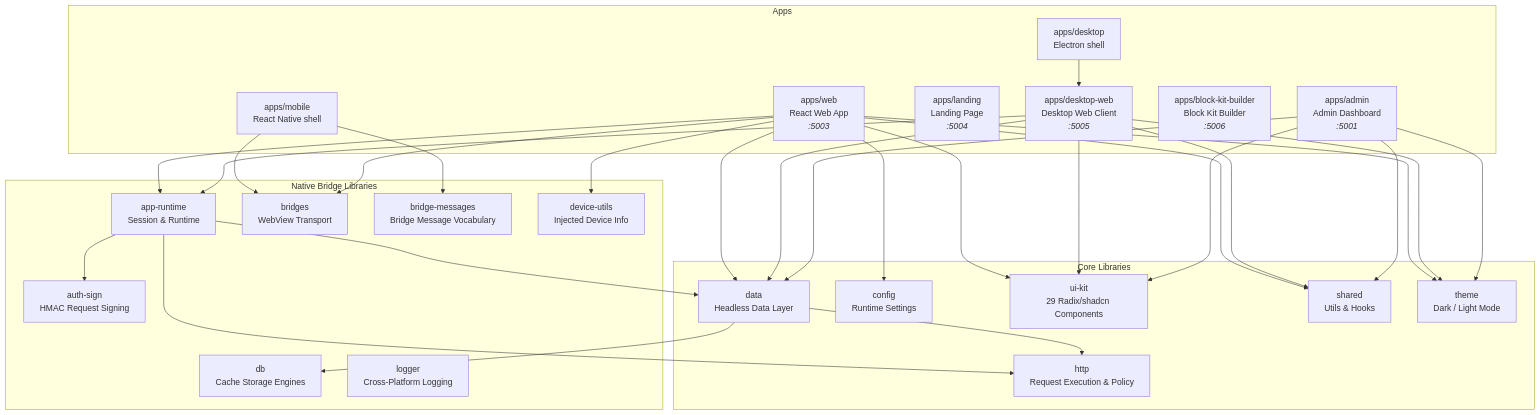
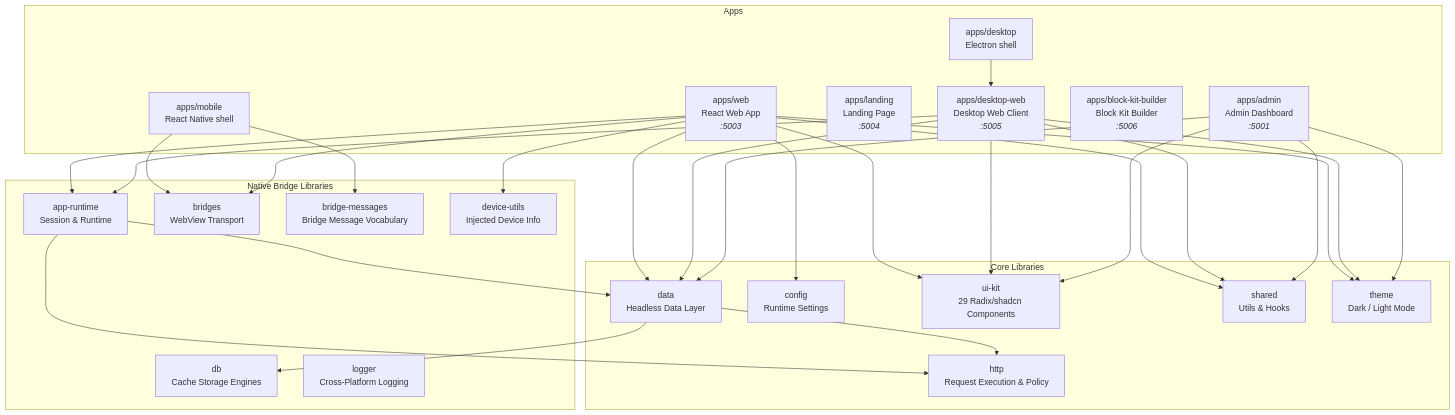
One commit to lemoncloud-io/dou-app changed the diagram in README.md. Above: the diagram before and after it, drawn with Mermaid. The commit also changed other lines of this file and 28 other files, not shown here.

First line of the commit message:
refactor(auth): fold @chatic/auth-sign into libs/auth as a leaf folder (ADR-0326)

````diff
--- a/README.md
+++ b/README.md
@@ -90,40 +90,39 @@
 ```mermaid
 graph TB
     subgraph Apps
         WEB["apps/web<br/>React Web App<br/><i>:5003</i>"]
         ADMIN["apps/admin<br/>Admin Dashboard<br/><i>:5001</i>"]
         LANDING["apps/landing<br/>Landing Page<br/><i>:5004</i>"]
         DESKWEB["apps/desktop-web<br/>Desktop Web Client<br/><i>:5005</i>"]
         BKB["apps/block-kit-builder<br/>Block Kit Builder<br/><i>:5006</i>"]
         MOBILE["apps/mobile<br/>React Native shell"]
         DESKTOP["apps/desktop<br/>Electron shell"]
     end
 
     subgraph Core["Core Libraries"]
         DATA["data<br/>Headless Data Layer"]
         HTTP["http<br/>Request Execution & Policy"]
         CONFIG["config<br/>Runtime Settings"]
         UIKIT["ui-kit<br/>29 Radix/shadcn Components"]
         SHARED["shared<br/>Utils & Hooks"]
         THEME["theme<br/>Dark / Light Mode"]
     end
 
     subgraph Native["Native Bridge Libraries"]
         RUNTIME["app-runtime<br/>Session & Runtime"]
         BRIDGES["bridges<br/>WebView Transport"]
         APPMSG["bridge-messages<br/>Bridge Message Vocabulary"]
         DEVICE["device-utils<br/>Injected Device Info"]
         DB["db<br/>Cache Storage Engines"]
         LOGGER["logger<br/>Cross-Platform Logging"]
-        AUTHSIGN["auth-sign<br/>HMAC Request Signing"]
     end
 
     MOBILE --> BRIDGES & APPMSG
     DESKTOP --> DESKWEB
     WEB --> DATA & UIKIT & SHARED & THEME & CONFIG
     WEB --> RUNTIME & BRIDGES & DEVICE
     DESKWEB --> DATA & UIKIT & SHARED & THEME & RUNTIME
     ADMIN --> DATA & UIKIT & SHARED & THEME
-    RUNTIME --> DATA & HTTP & AUTHSIGN
+    RUNTIME --> DATA & HTTP
     DATA --> DB & HTTP
 ```
````
